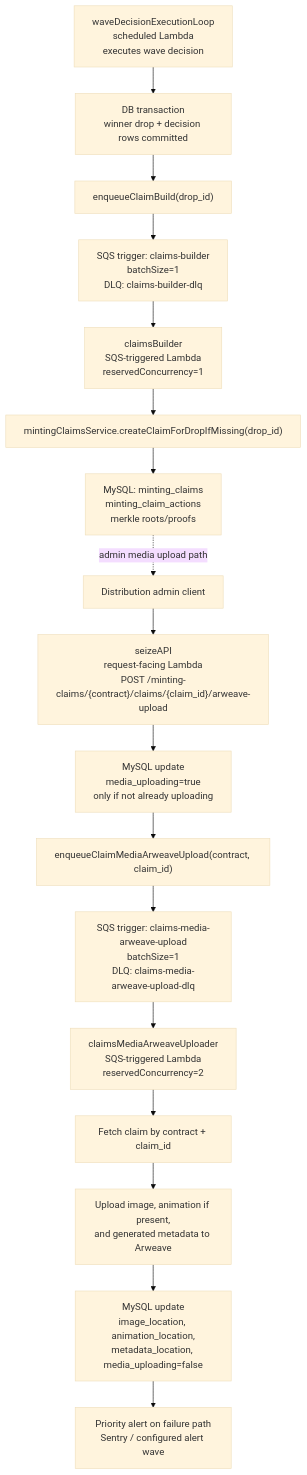
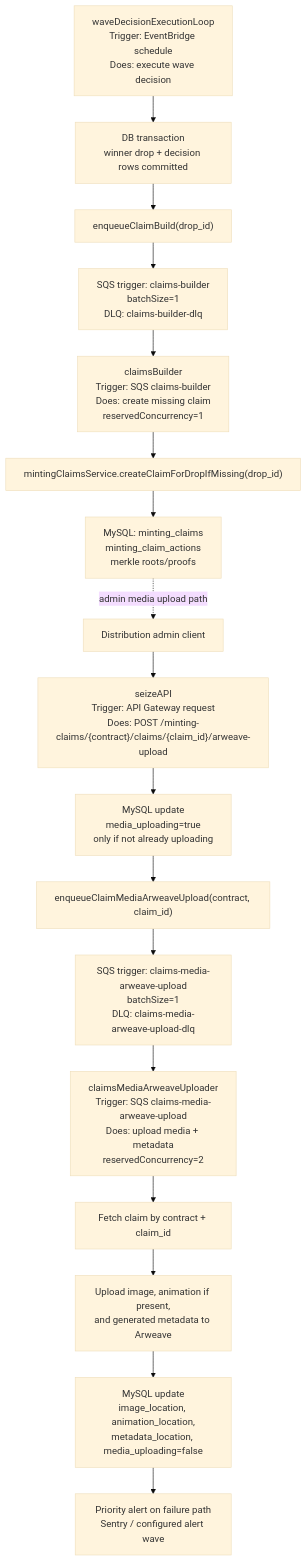
Diagram 16 of 16 in docs/architecture.md (6529-Collections/6529seize-backend), drawn with Mermaid (base theme) before and after one commit. The commit also changed other lines of this file, not shown here.

````diff
--- a/docs/architecture.md
+++ b/docs/architecture.md
@@ -282,21 +282,21 @@
 ```mermaid
 %%{init: {"flowchart": {"nodeSpacing": 24, "rankSpacing": 44, "curve": "basis"}} }%%
 flowchart TD
-  WaveDecision["waveDecisionExecutionLoop<br/>scheduled Lambda<br/>executes wave decision"] --> DecisionTx["DB transaction<br/>winner drop + decision rows committed"]
+  WaveDecision["waveDecisionExecutionLoop<br/>Trigger: EventBridge schedule<br/>Does: execute wave decision"] --> DecisionTx["DB transaction<br/>winner drop + decision rows committed"]
   DecisionTx --> ClaimBuildPublisher["enqueueClaimBuild(drop_id)"]
   ClaimBuildPublisher --> ClaimsBuilderSqs["SQS trigger: claims-builder<br/>batchSize=1<br/>DLQ: claims-builder-dlq"]
-  ClaimsBuilderSqs --> ClaimsBuilder["claimsBuilder<br/>SQS-triggered Lambda<br/>reservedConcurrency=1"]
+  ClaimsBuilderSqs --> ClaimsBuilder["claimsBuilder<br/>Trigger: SQS claims-builder<br/>Does: create missing claim<br/>reservedConcurrency=1"]
   ClaimsBuilder --> MintingClaimsService["mintingClaimsService.createClaimForDropIfMissing(drop_id)"]
   MintingClaimsService --> MintingClaimsTable["MySQL: minting_claims<br/>minting_claim_actions<br/>merkle roots/proofs"]
 
   MintingClaimsTable -. "admin media upload path" .-> AdminClient["Distribution admin client"]
-  AdminClient --> UploadEndpoint["seizeAPI<br/>request-facing Lambda<br/>POST /minting-claims/{contract}/claims/{claim_id}/arweave-upload"]
+  AdminClient --> UploadEndpoint["seizeAPI<br/>Trigger: API Gateway request<br/>Does: POST /minting-claims/{contract}/claims/{claim_id}/arweave-upload"]
   UploadEndpoint --> UploadLock["MySQL update<br/>media_uploading=true<br/>only if not already uploading"]
   UploadLock --> MediaPublisher["enqueueClaimMediaArweaveUpload(contract, claim_id)"]
   MediaPublisher --> MediaSqs["SQS trigger: claims-media-arweave-upload<br/>batchSize=1<br/>DLQ: claims-media-arweave-upload-dlq"]
-  MediaSqs --> MediaUploader["claimsMediaArweaveUploader<br/>SQS-triggered Lambda<br/>reservedConcurrency=2"]
+  MediaSqs --> MediaUploader["claimsMediaArweaveUploader<br/>Trigger: SQS claims-media-arweave-upload<br/>Does: upload media + metadata<br/>reservedConcurrency=2"]
   MediaUploader --> FetchClaim["Fetch claim by contract + claim_id"]
   FetchClaim --> ArweaveUpload["Upload image, animation if present,<br/>and generated metadata to Arweave"]
   ArweaveUpload --> UpdateClaim["MySQL update<br/>image_location, animation_location,<br/>metadata_location, media_uploading=false"]
   UpdateClaim --> PriorityAlert["Priority alert on failure path<br/>Sentry / configured alert wave"]
 ```
````
